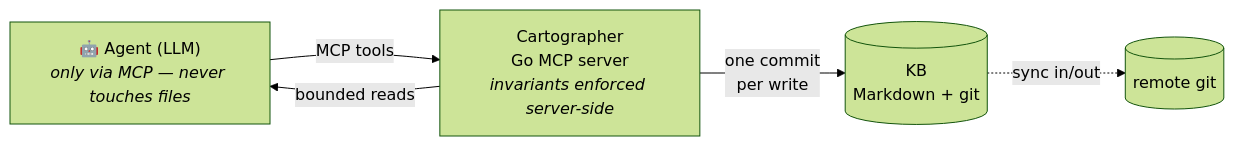
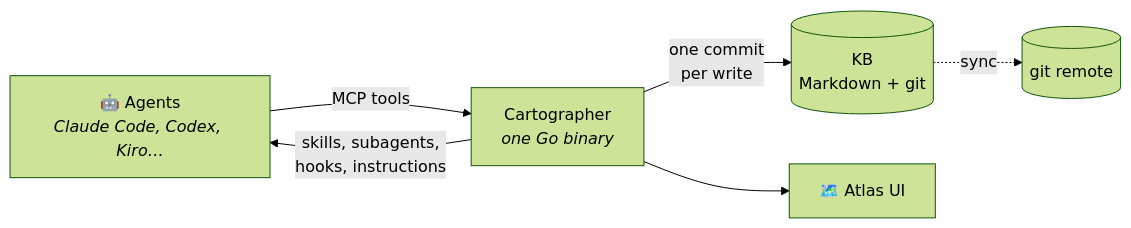
One commit to BeppeTemp/cartographer changed the diagram in README.md. Above: the diagram before and after it, drawn with Mermaid (forest theme). The commit also changed other lines of this file and 14 other files, not shown here.

````diff
--- a/README.md
+++ b/README.md
@@ -251,11 +95,13 @@
 ```mermaid
 flowchart LR
-    A["🤖 Agent (LLM)<br/><i>only via MCP — never touches files</i>"]
-    S["Cartographer<br/>Go MCP server<br/><i>invariants enforced server-side</i>"]
+    A["🤖 Agents<br/><i>Claude Code, Codex, Kiro…</i>"]
+    S["Cartographer<br/><i>one Go binary</i>"]
     KB[("KB<br/>Markdown + git")]
-    R[("remote git")]
+    R[("git remote")]
+    U["🗺️ Atlas UI"]
     A -- "MCP tools" --> S
-    S -- "bounded reads" --> A
+    S -- "skills, subagents,<br/>hooks, instructions" --> A
     S -- "one commit<br/>per write" --> KB
-    KB -. "sync in/out" .-> R
+    KB -. "sync" .-> R
+    S --> U
 ```
````
